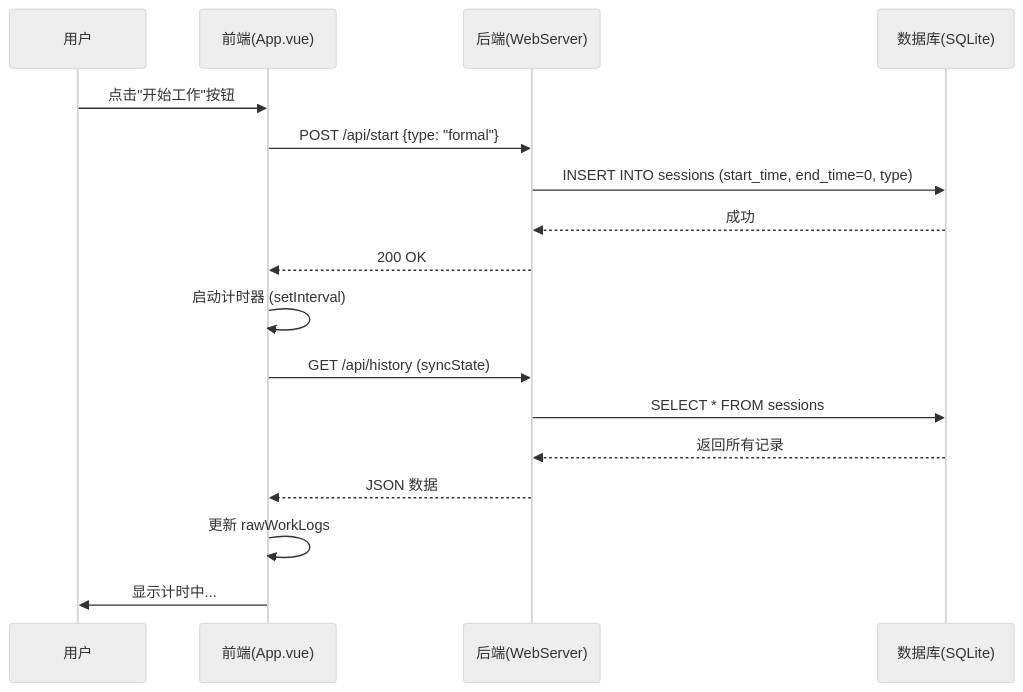
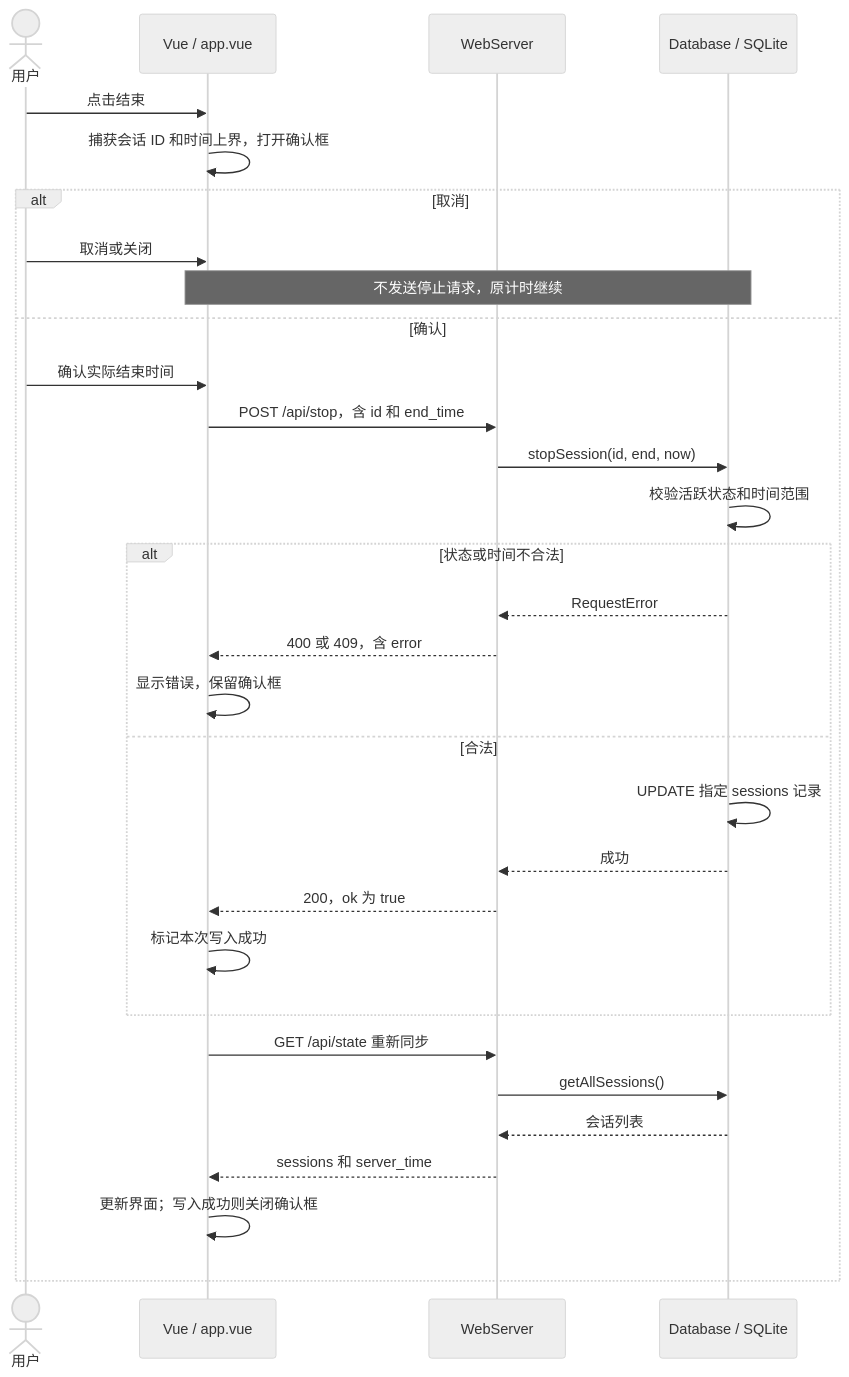
Before and after one commit to ttttwwww/work_timer: the first of 2 diagrams in docs/data-flow.md, drawn with Mermaid (neutral theme). The commit also changed other lines of this file and 8 other files, not shown here.

First line of the commit message:
Document features, architecture, data flows, database and HTTP API

````diff
--- a/docs/data-flow.md
+++ b/docs/data-flow.md
@@ -7,20 +19,33 @@
 ```mermaid
 sequenceDiagram
-    participant U as 用户
-    participant F as 前端(App.vue)
-    participant B as 后端(WebServer)
-    participant D as 数据库(SQLite)
-    
-    U->>F: 点击"开始工作"按钮
-    F->>B: POST /api/start {type: "formal"}
-    B->>D: INSERT INTO sessions (start_time, end_time=0, type)
-    D-->>B: 成功
-    B-->>F: 200 OK
-    F->>F: 启动计时器 (setInterval)
-    F->>B: GET /api/history (syncState)
-    B->>D: SELECT * FROM sessions
-    D-->>B: 返回所有记录
-    B-->>F: JSON 数据
-    F->>F: 更新 rawWorkLogs
-    F->>U: 显示计时中...
+    actor U as 用户
+    participant F as Vue / app.vue
+    participant W as WebServer
+    participant D as Database / SQLite
+    U->>F: 点击结束
+    F->>F: 捕获会话 ID 和时间上界，打开确认框
+    alt 取消
+        U->>F: 取消或关闭
+        Note over F,D: 不发送停止请求，原计时继续
+    else 确认
+        U->>F: 确认实际结束时间
+        F->>W: POST /api/stop，含 id 和 end_time
+        W->>D: stopSession(id, end, now)
+        D->>D: 校验活跃状态和时间范围
+        alt 状态或时间不合法
+            D-->>W: RequestError
+            W-->>F: 400 或 409，含 error
+            F->>F: 显示错误，保留确认框
+        else 合法
+            D->>D: UPDATE 指定 sessions 记录
+            D-->>W: 成功
+            W-->>F: 200，ok 为 true
+            F->>F: 标记本次写入成功
+        end
+        F->>W: GET /api/state 重新同步
+        W->>D: getAllSessions()
+        D-->>W: 会话列表
+        W-->>F: sessions 和 server_time
+        F->>F: 更新界面；写入成功则关闭确认框
+    end
 ```
````
